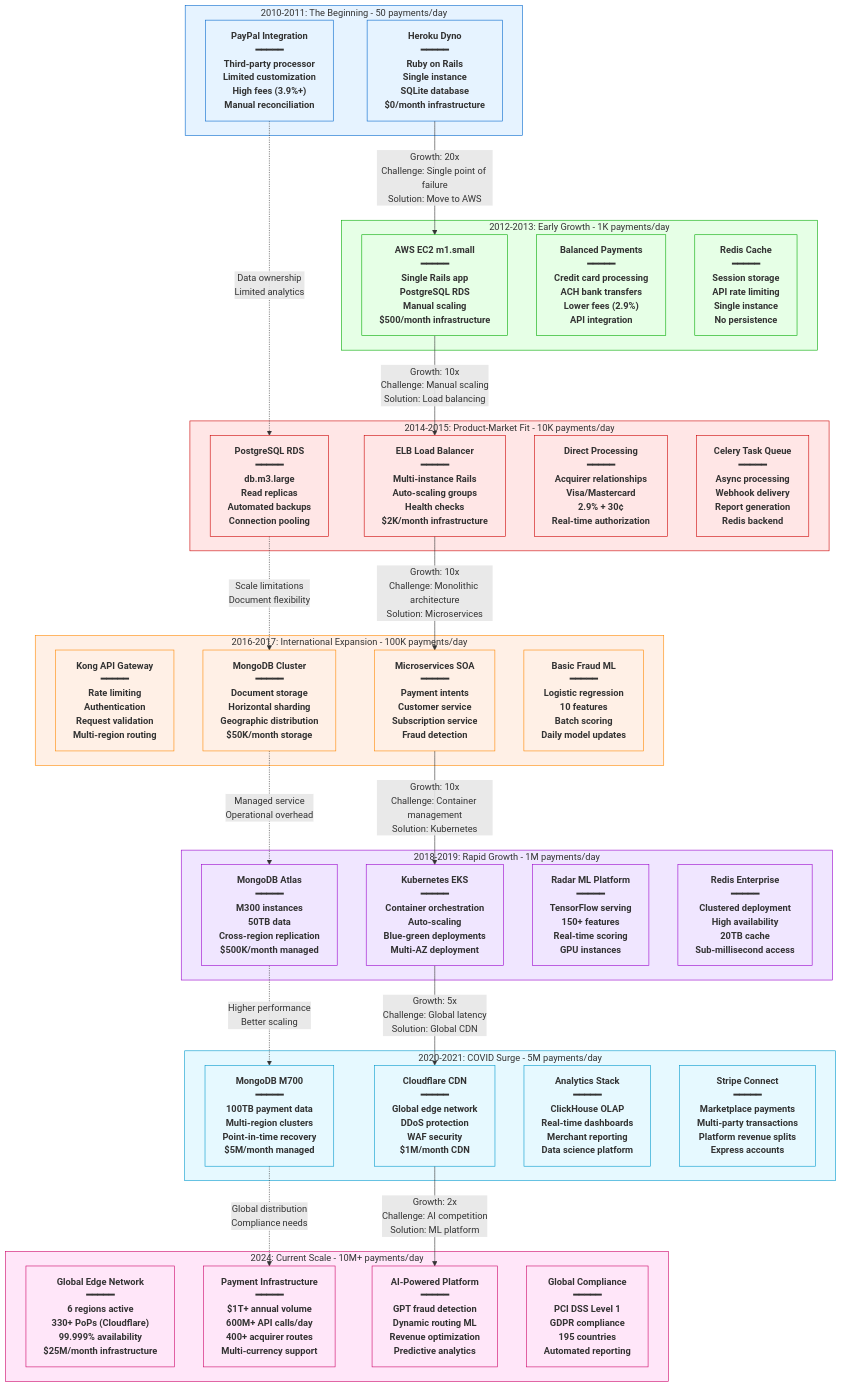
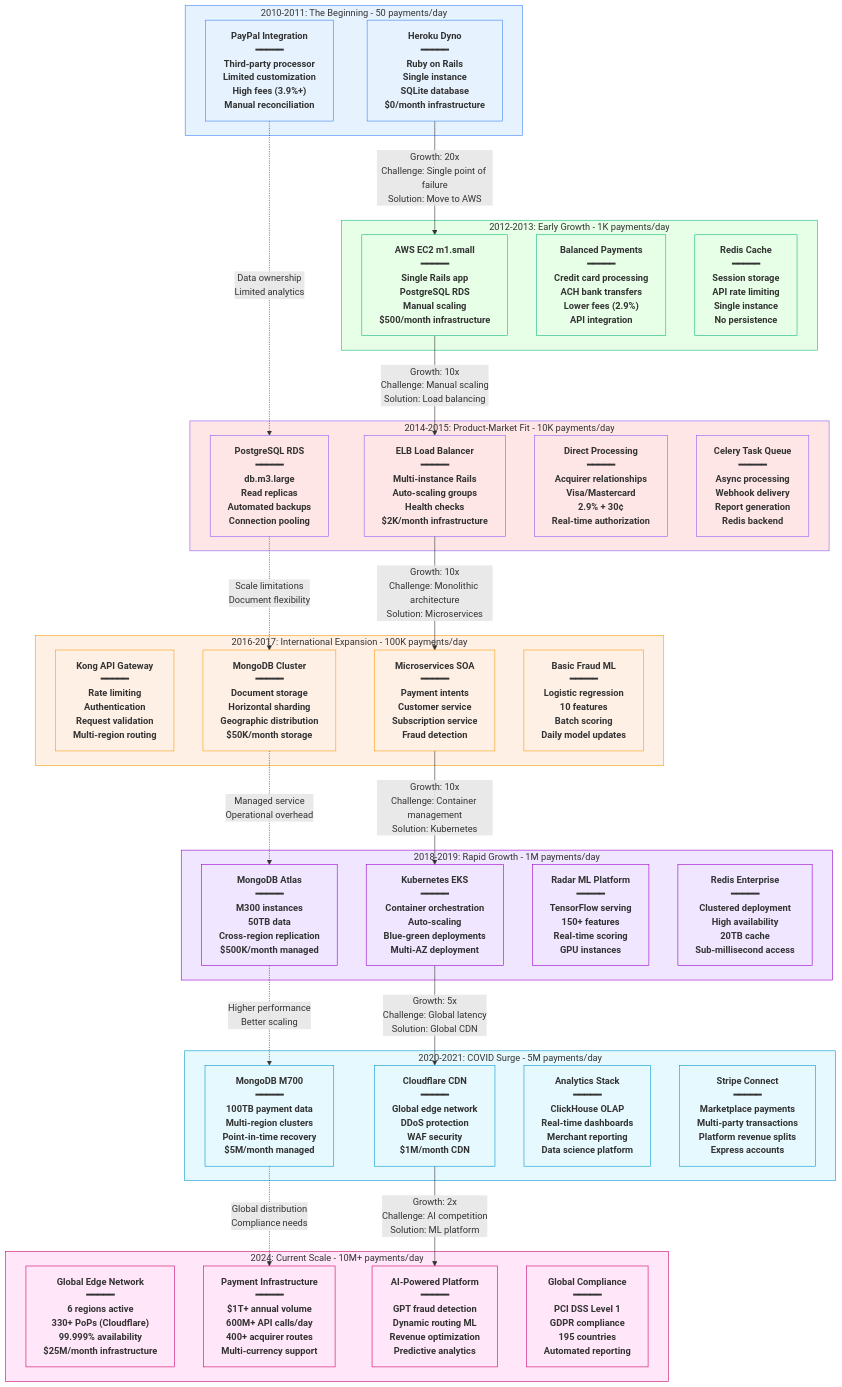
The diagram in site/docs/systems/stripe/scale-evolution.md (deepaucksharma/DS), drawn with Mermaid before and after one commit. The commit also changed 303 other files, not shown here.

````diff
--- a/site/docs/systems/stripe/scale-evolution.md
+++ b/site/docs/systems/stripe/scale-evolution.md
@@ -7,7 +7,7 @@
 ```mermaid
 graph TB
     subgraph Scale2010["2010-2011: The Beginning - 50 payments/day"]
-        style Scale2010 fill:#e6f3ff,stroke:#0066CC,color:#333
+        style Scale2010 fill:#e6f3ff,stroke:#3B82F6,color:#333
 
         Heroku2010["Heroku Dyno<br/>━━━━━<br/>Ruby on Rails<br/>Single instance<br/>SQLite database<br/>$0/month infrastructure"]
 
@@ -15,7 +15,7 @@
     end
 
     subgraph Scale2012["2012-2013: Early Growth - 1K payments/day"]
-        style Scale2012 fill:#e6ffe6,stroke:#00AA00,color:#333
+        style Scale2012 fill:#e6ffe6,stroke:#10B981,color:#333
 
         AWS2012["AWS EC2 m1.small<br/>━━━━━<br/>Single Rails app<br/>PostgreSQL RDS<br/>Manual scaling<br/>$500/month infrastructure"]
 
@@ -25,7 +25,7 @@
     end
 
     subgraph Scale2014["2014-2015: Product-Market Fit - 10K payments/day"]
-        style Scale2014 fill:#ffe6e6,stroke:#CC0000,color:#333
+        style Scale2014 fill:#ffe6e6,stroke:#8B5CF6,color:#333
 
         LoadBalancer2014["ELB Load Balancer<br/>━━━━━<br/>Multi-instance Rails<br/>Auto-scaling groups<br/>Health checks<br/>$2K/month infrastructure"]
 
@@ -37,7 +37,7 @@
     end
 
     subgraph Scale2016["2016-2017: International Expansion - 100K payments/day"]
-        style Scale2016 fill:#fff0e6,stroke:#FF8800,color:#333
+        style Scale2016 fill:#fff0e6,stroke:#F59E0B,color:#333
 
         Kong2016["Kong API Gateway<br/>━━━━━<br/>Rate limiting<br/>Authentication<br/>Request validation<br/>Multi-region routing"]
 
@@ -100,10 +100,10 @@
     MongoDB2020 -.->|"Global distribution<br/>Compliance needs"| PaymentInfra2024
 
     %% Apply colors for different time periods
-    classDef scale2010 fill:#e6f3ff,stroke:#0066CC,color:#333,font-weight:bold
-    classDef scale2012 fill:#e6ffe6,stroke:#00AA00,color:#333,font-weight:bold
-    classDef scale2014 fill:#ffe6e6,stroke:#CC0000,color:#333,font-weight:bold
-    classDef scale2016 fill:#fff0e6,stroke:#FF8800,color:#333,font-weight:bold
+    classDef scale2010 fill:#e6f3ff,stroke:#3B82F6,color:#333,font-weight:bold
+    classDef scale2012 fill:#e6ffe6,stroke:#10B981,color:#333,font-weight:bold
+    classDef scale2014 fill:#ffe6e6,stroke:#8B5CF6,color:#333,font-weight:bold
+    classDef scale2016 fill:#fff0e6,stroke:#F59E0B,color:#333,font-weight:bold
     classDef scale2018 fill:#f0e6ff,stroke:#9900CC,color:#333,font-weight:bold
     classDef scale2020 fill:#e6f9ff,stroke:#0099CC,color:#333,font-weight:bold
     classDef scale2024 fill:#ffe6f9,stroke:#CC0066,color:#333,font-weight:bold
````
